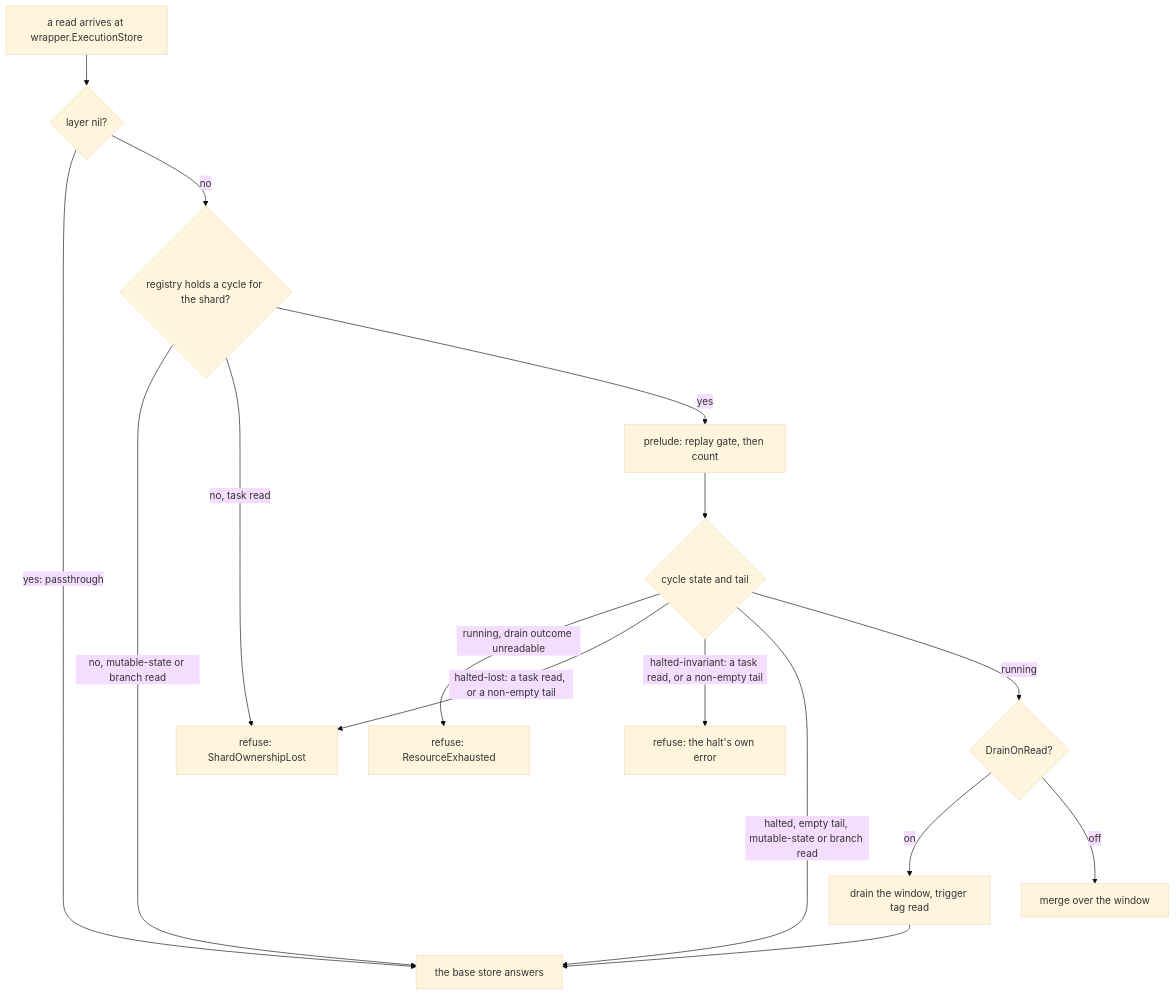
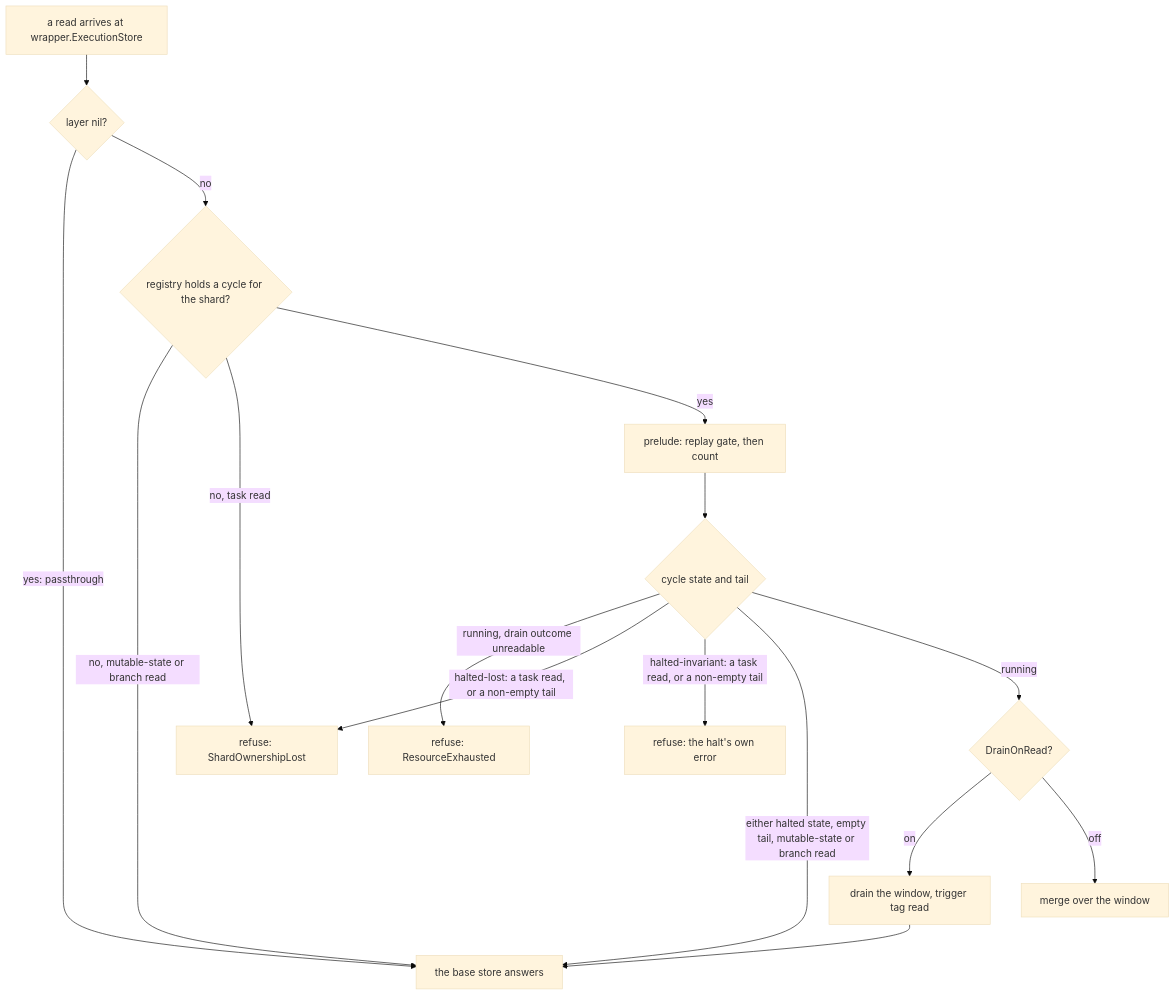
Before and after one commit to aromanovich/waltz: the first of 4 diagrams in docs/handbook/07-read-path.md, drawn with Mermaid (base theme). The commit also changed other lines of this file and 64 other files, not shown here.

````diff
--- a/docs/handbook/07-read-path.md
+++ b/docs/handbook/07-read-path.md
@@ -133,18 +133,18 @@
 ```mermaid
 flowchart TD
     A["a read arrives at wrapper.ExecutionStore"] --> B{"layer nil?"}
     B -->|"yes: passthrough"| Z["the base store answers"]
     B -->|"no"| C{"registry holds a cycle for the shard?"}
     C -->|"no, mutable-state or branch read"| Z
     C -->|"no, task read"| L["refuse: ShardOwnershipLost"]
     C -->|"yes"| D["prelude: replay gate, then count"]
     D --> E{"cycle state and tail"}
     E -->|"running, drain outcome unreadable"| R["refuse: ResourceExhausted"]
     E -->|"halted-lost: a task read, or a non-empty tail"| L
     E -->|"halted-invariant: a task read, or a non-empty tail"| H["refuse: the halt's own error"]
-    E -->|"halted, empty tail, mutable-state or branch read"| Z
+    E -->|"either halted state, empty tail, mutable-state or branch read"| Z
     E -->|"running"| F{"DrainOnRead?"}
     F -->|"on"| G["drain the window, trigger tag read"]
     G --> Z
     F -->|"off"| M["merge over the window"]
 ```
````
